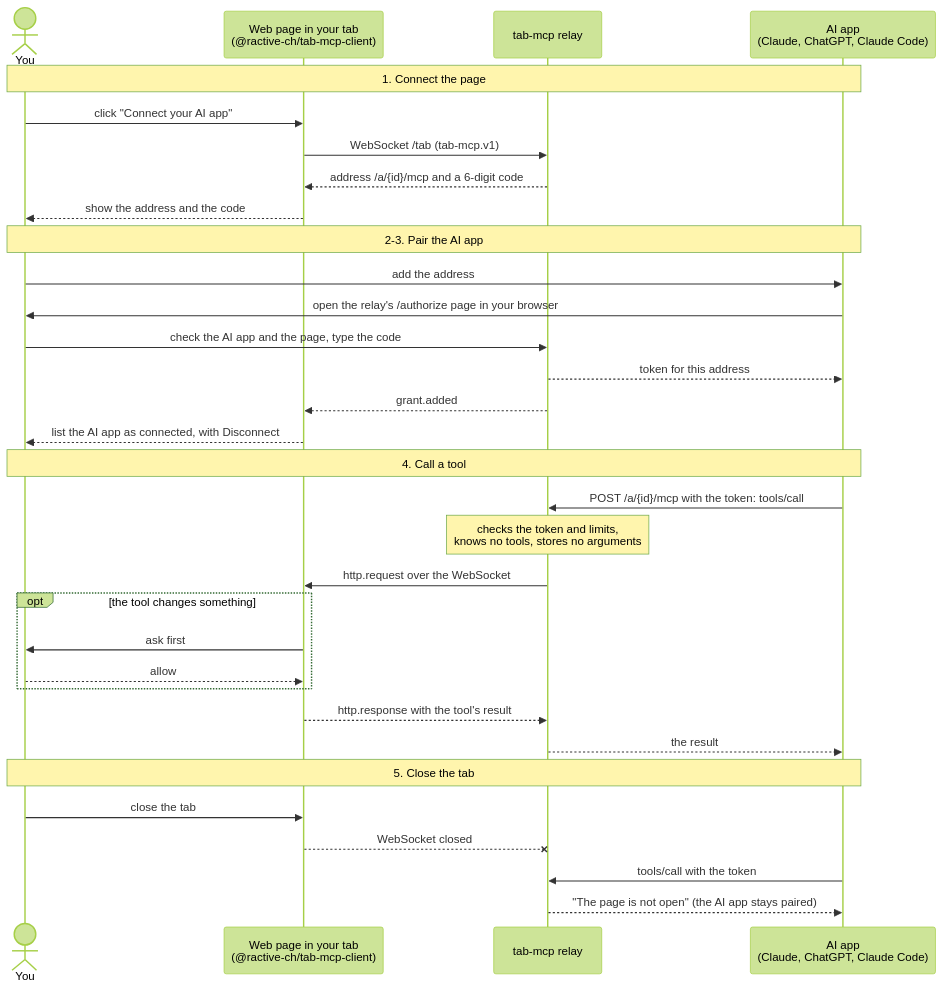
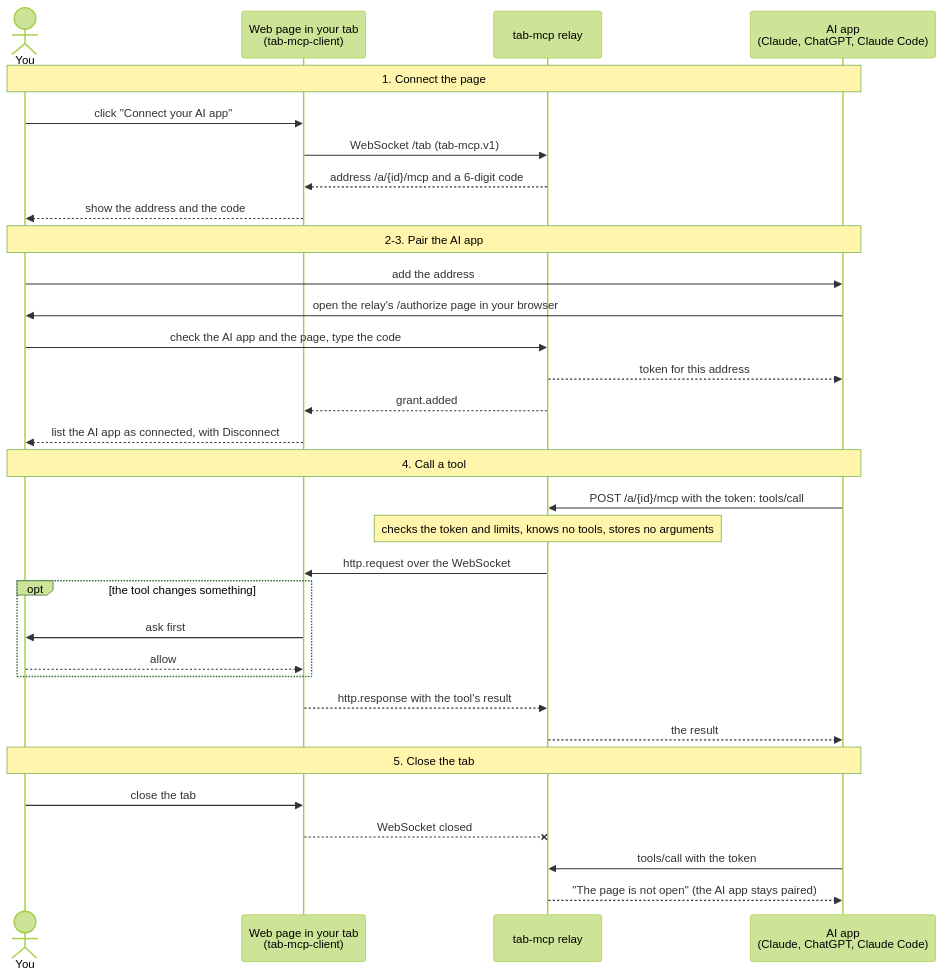
Before and after one commit to ractive/tab-mcp: the diagram in README.md, drawn with Mermaid (forest theme). The commit also changed other lines of this file, not shown here.

Commit message:
docs: shorter participant label, note on the ractive.ch copy of the diagram

````diff
--- a/README.md
+++ b/README.md
@@ -27,38 +28,38 @@
 ```mermaid
 sequenceDiagram
     actor You
-    participant Page as Web page in your tab<br/>(@ractive-ch/tab-mcp-client)
+    participant Page as Web page in your tab<br/>(tab-mcp-client)
     participant Relay as tab-mcp relay
     participant App as AI app<br/>(Claude, ChatGPT, Claude Code)
 
     Note over You,App: 1. Connect the page
     You->>Page: click "Connect your AI app"
     Page->>Relay: WebSocket /tab (tab-mcp.v1)
     Relay-->>Page: address /a/{id}/mcp and a 6-digit code
     Page-->>You: show the address and the code
 
     Note over You,App: 2-3. Pair the AI app
     You->>App: add the address
     App->>You: open the relay's /authorize page in your browser
     You->>Relay: check the AI app and the page, type the code
     Relay-->>App: token for this address
     Relay-->>Page: grant.added
     Page-->>You: list the AI app as connected, with Disconnect
 
     Note over You,App: 4. Call a tool
     App->>Relay: POST /a/{id}/mcp with the token: tools/call
-    Note over Relay: checks the token and limits,<br/>knows no tools, stores no arguments
+    Note over Relay: checks the token and limits, knows no tools, stores no arguments
     Relay->>Page: http.request over the WebSocket
     opt the tool changes something
         Page->>You: ask first
         You-->>Page: allow
     end
     Page-->>Relay: http.response with the tool's result
     Relay-->>App: the result
 
     Note over You,App: 5. Close the tab
     You->>Page: close the tab
     Page--xRelay: WebSocket closed
     App->>Relay: tools/call with the token
     Relay-->>App: "The page is not open" (the AI app stays paired)
 ```
````
